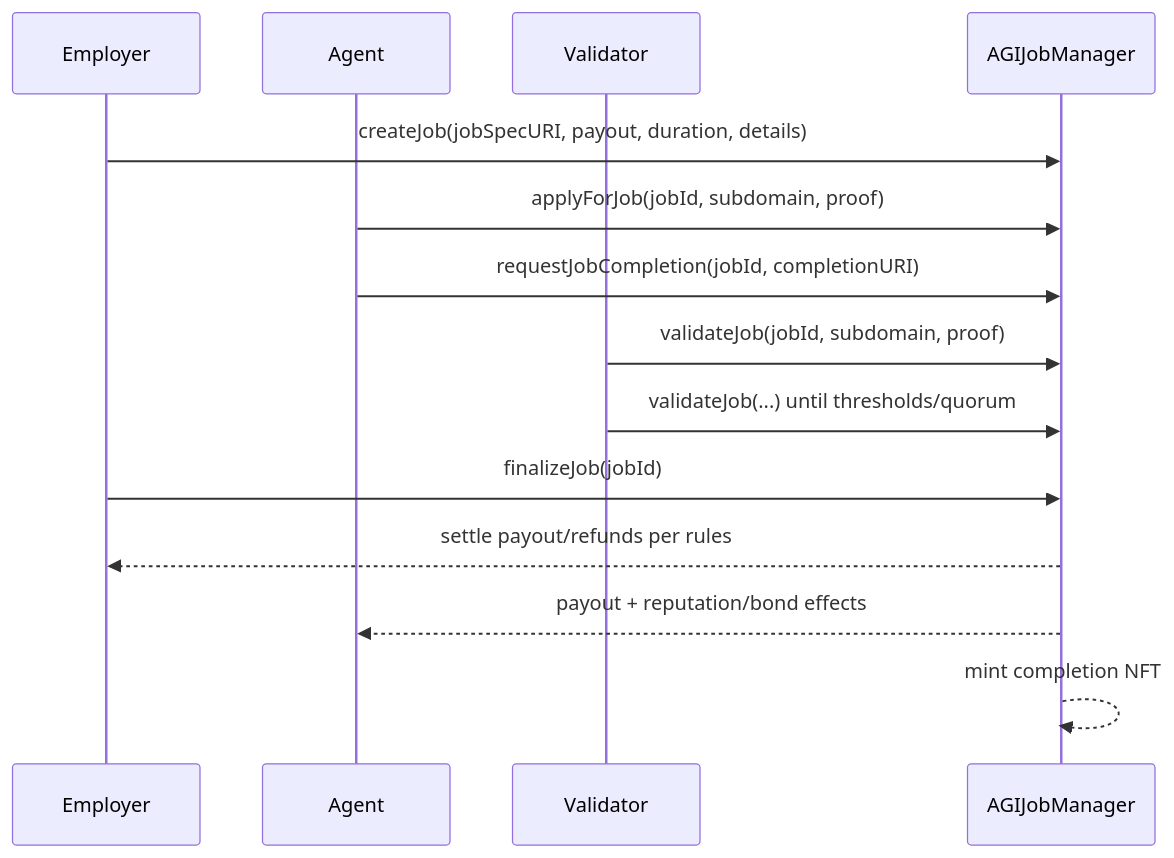
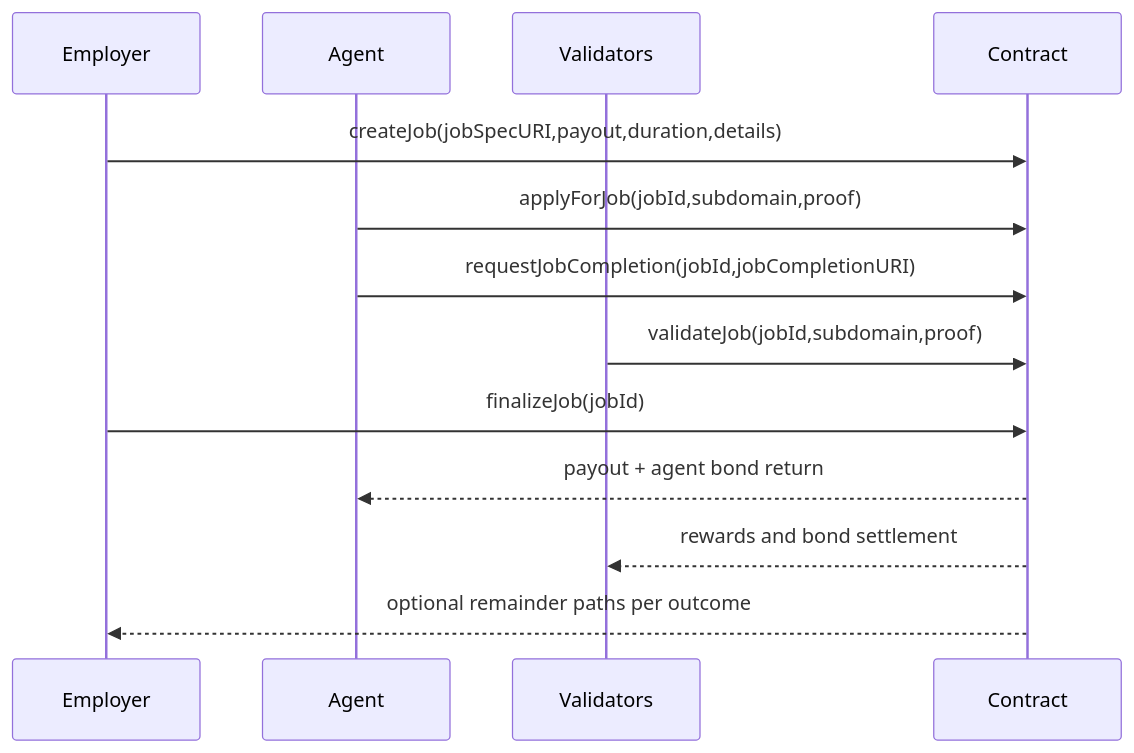
One commit to MontrealAI/AGIJobManager changed the third of 4 diagrams in docs/DEPLOYMENT/OWNER_MAINNET_DEPLOYMENT_AND_OPERATIONS_GUIDE.md. Above: the diagram before and after it, drawn with Mermaid. The commit also changed other lines of this file and 2 other files, not shown here.

````diff
--- a/docs/DEPLOYMENT/OWNER_MAINNET_DEPLOYMENT_AND_OPERATIONS_GUIDE.md
+++ b/docs/DEPLOYMENT/OWNER_MAINNET_DEPLOYMENT_AND_OPERATIONS_GUIDE.md
@@ -294,17 +372,16 @@
 ```mermaid
 sequenceDiagram
   participant Employer
   participant Agent
-  participant Validator
-  participant Contract as AGIJobManager
+  participant Validators
+  participant Contract
 
-  Employer->>Contract: createJob(jobSpecURI, payout, duration, details)
-  Agent->>Contract: applyForJob(jobId, subdomain, proof)
-  Agent->>Contract: requestJobCompletion(jobId, completionURI)
-  Validator->>Contract: validateJob(jobId, subdomain, proof)
-  Validator->>Contract: validateJob(...) until thresholds/quorum
+  Employer->>Contract: createJob(jobSpecURI,payout,duration,details)
+  Agent->>Contract: applyForJob(jobId,subdomain,proof)
+  Agent->>Contract: requestJobCompletion(jobId,jobCompletionURI)
+  Validators->>Contract: validateJob(jobId,subdomain,proof)
   Employer->>Contract: finalizeJob(jobId)
-  Contract-->>Employer: settle payout/refunds per rules
-  Contract-->>Agent: payout + reputation/bond effects
-  Contract-->>Contract: mint completion NFT
+  Contract-->>Agent: payout + agent bond return
+  Contract-->>Validators: rewards and bond settlement
+  Contract-->>Employer: optional remainder paths per outcome
 ```
````
